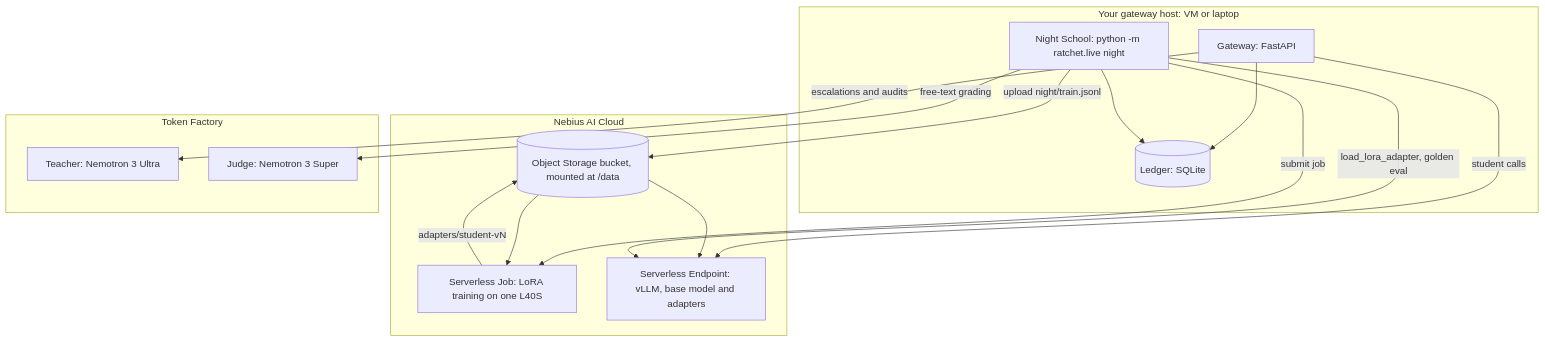
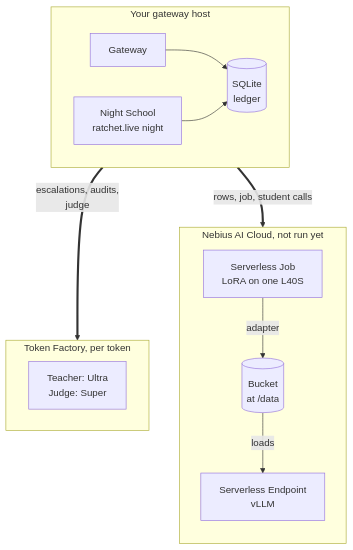
Before and after one commit to harshbhx/ratchet: the first of 4 diagrams in docs-site/src/content/docs/guides/training-on-your-data.mdx, drawn with Mermaid. The commit also changed other lines of this file and 25 other files, not shown here.

````diff
--- a/docs-site/src/content/docs/guides/training-on-your-data.mdx
+++ b/docs-site/src/content/docs/guides/training-on-your-data.mdx
@@ -67,28 +84,24 @@
 ```mermaid
 flowchart TB
-  subgraph Host["Your gateway host: VM or laptop"]
-    GW["Gateway: FastAPI"]
-    DB[("Ledger: SQLite")]
-    NS["Night School: python -m ratchet.live night"]
+  subgraph Host["Your gateway host"]
+    direction LR
+    GW["Gateway"] --> DB[("SQLite<br/>ledger")]
+    NS["Night School<br/>ratchet.live night"] --> DB
   end
-  subgraph Nebius["Nebius AI Cloud"]
-    BK[("Object Storage bucket, mounted at /data")]
-    JOB["Serverless Job: LoRA training on one L40S"]
-    EP["Serverless Endpoint: vLLM, base model and adapters"]
+  subgraph TF["Token Factory, per token"]
+    TEA["Teacher: Ultra<br/>Judge: Super"]
   end
-  subgraph TF["Token Factory"]
-    TEA["Teacher: Nemotron 3 Ultra"]
-    JDG["Judge: Nemotron 3 Super"]
+  subgraph Neb["Nebius AI Cloud, not run yet"]
+    direction TB
+    JOB["Serverless Job<br/>LoRA on one L40S"] -->|"adapter"| BK[("Bucket<br/>at /data")]
+    BK -->|"loads"| EP["Serverless Endpoint<br/>vLLM"]
   end
-  GW --> DB
-  GW -->|"student calls"| EP
-  GW -->|"escalations and audits"| TEA
-  NS --> DB
-  NS -->|"upload night/train.jsonl"| BK
-  NS -->|"submit job"| JOB
-  BK --> JOB
-  JOB -->|"adapters/student-vN"| BK
-  BK --> EP
-  NS -->|"load_lora_adapter, golden eval"| EP
-  NS -->|"free-text grading"| JDG
+  Host ==>|"escalations, audits,<br/>judge"| TF
+  Host ==>|"rows, job, student calls"| Neb
+
+  class DB,BK store
+  class TEA teacher
+  class JOB,EP pending
+  class TF teacherZone
+  class Neb pendingZone
 ```
````
